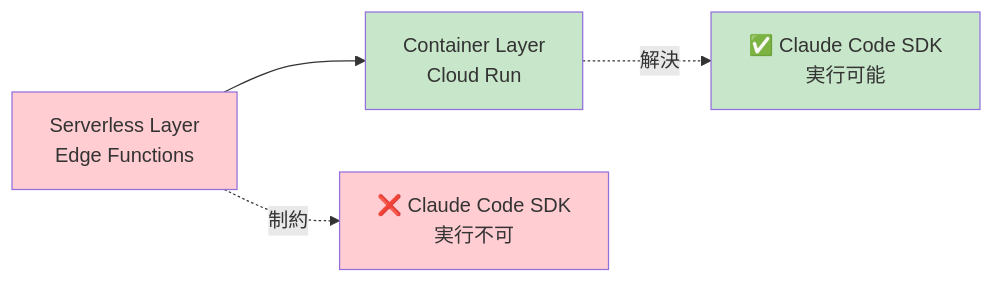
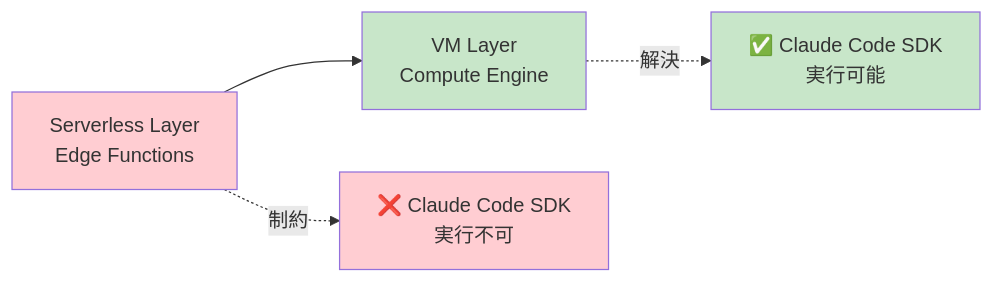
Before and after one commit to masataka-eth/HackScoreAI: the third of 3 diagrams in README.md, drawn with Mermaid. The commit also changed other lines of this file and 1 other file, not shown here.

````diff
--- a/README.md
+++ b/README.md
@@ -199,11 +217,11 @@
 ```mermaid
 graph LR
-    A[Serverless Layer<br/>Edge Functions] --> B[Container Layer<br/>Cloud Run]
+    A[Serverless Layer<br/>Edge Functions] --> B[VM Layer<br/>Compute Engine]
     A -.->|制約| C[❌ Claude Code SDK<br/>実行不可]
     B -.->|解決| D[✅ Claude Code SDK<br/>実行可能]
-    
+
     style A fill:#ffcdd2
     style B fill:#c8e6c9
     style C fill:#ffcdd2
     style D fill:#c8e6c9
 ```
````
